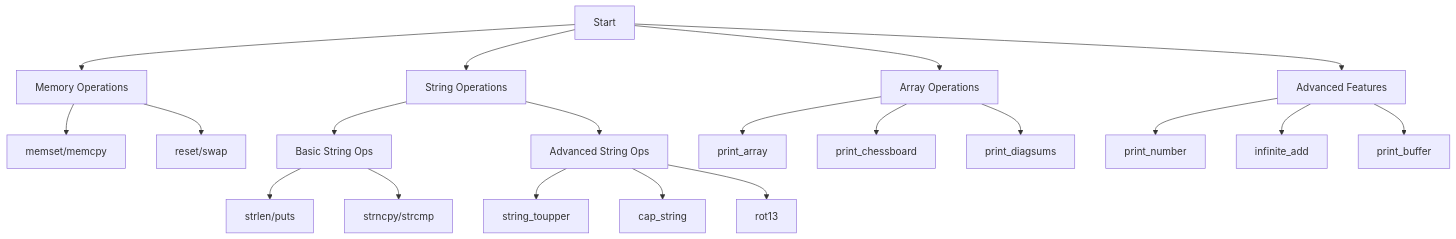
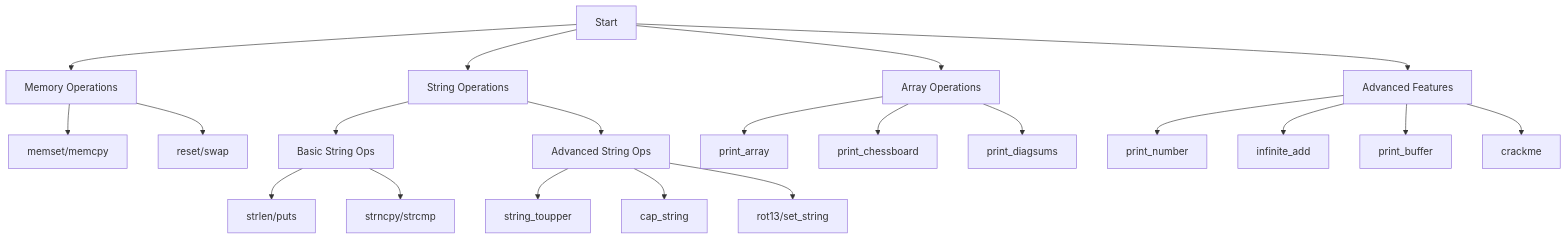
One commit to FredBourouliou/holbertonschool-low_level_programming changed the diagram in pointers_arrays_strings/README.md. Above: the diagram before and after it, drawn with Mermaid. The commit also changed other lines of this file and 2 other files, not shown here.

Commit message:
feat: add pointer manipulation and crackme password
- Add set_string function for pointer manipulation
- Add crackme password file
- Update README with new files and improved organization
- Add new functions to flowchart

````diff
--- a/pointers_arrays_strings/README.md
+++ b/pointers_arrays_strings/README.md
@@ -73,25 +75,26 @@
 ```mermaid
 graph TD
     A[Start] --> B[Memory Operations]
     B --> C[memset/memcpy]
     B --> D[reset/swap]
     
     A --> E[String Operations]
     E --> F[Basic String Ops]
     F --> G[strlen/puts]
     F --> H[strncpy/strcmp]
     E --> I[Advanced String Ops]
     I --> J[string_toupper]
     I --> K[cap_string]
-    I --> L[rot13]
+    I --> L[rot13/set_string]
     
     A --> M[Array Operations]
     M --> N[print_array]
     M --> O[print_chessboard]
     M --> P[print_diagsums]
     
     A --> Q[Advanced Features]
     Q --> R[print_number]
     Q --> S[infinite_add]
     Q --> T[print_buffer]
+    Q --> U[crackme]
 ```
````
